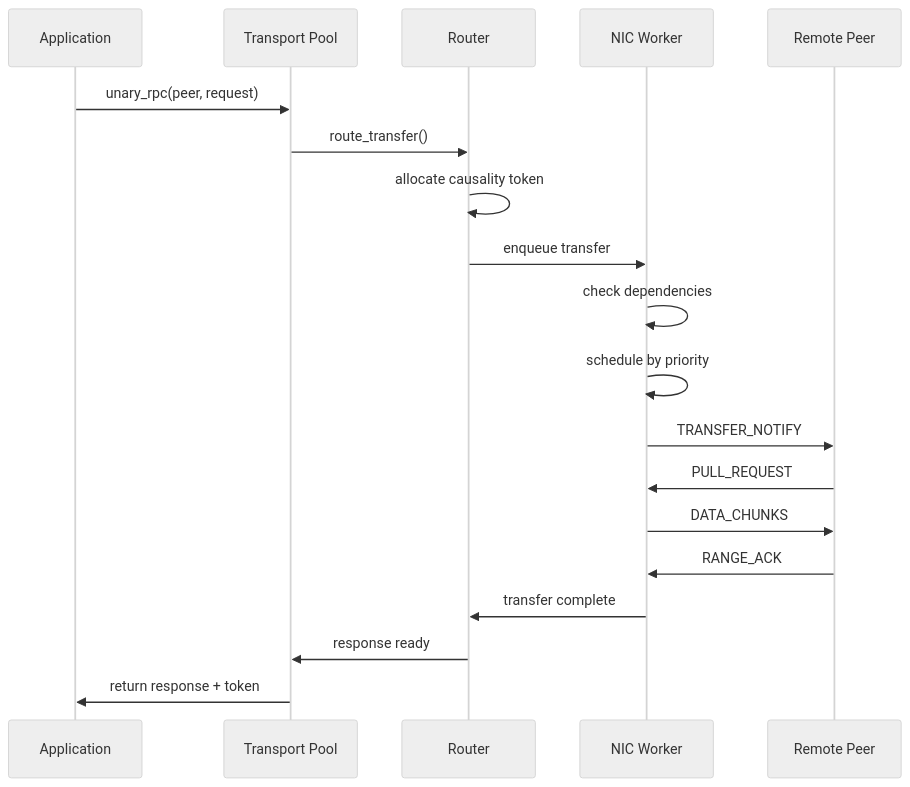
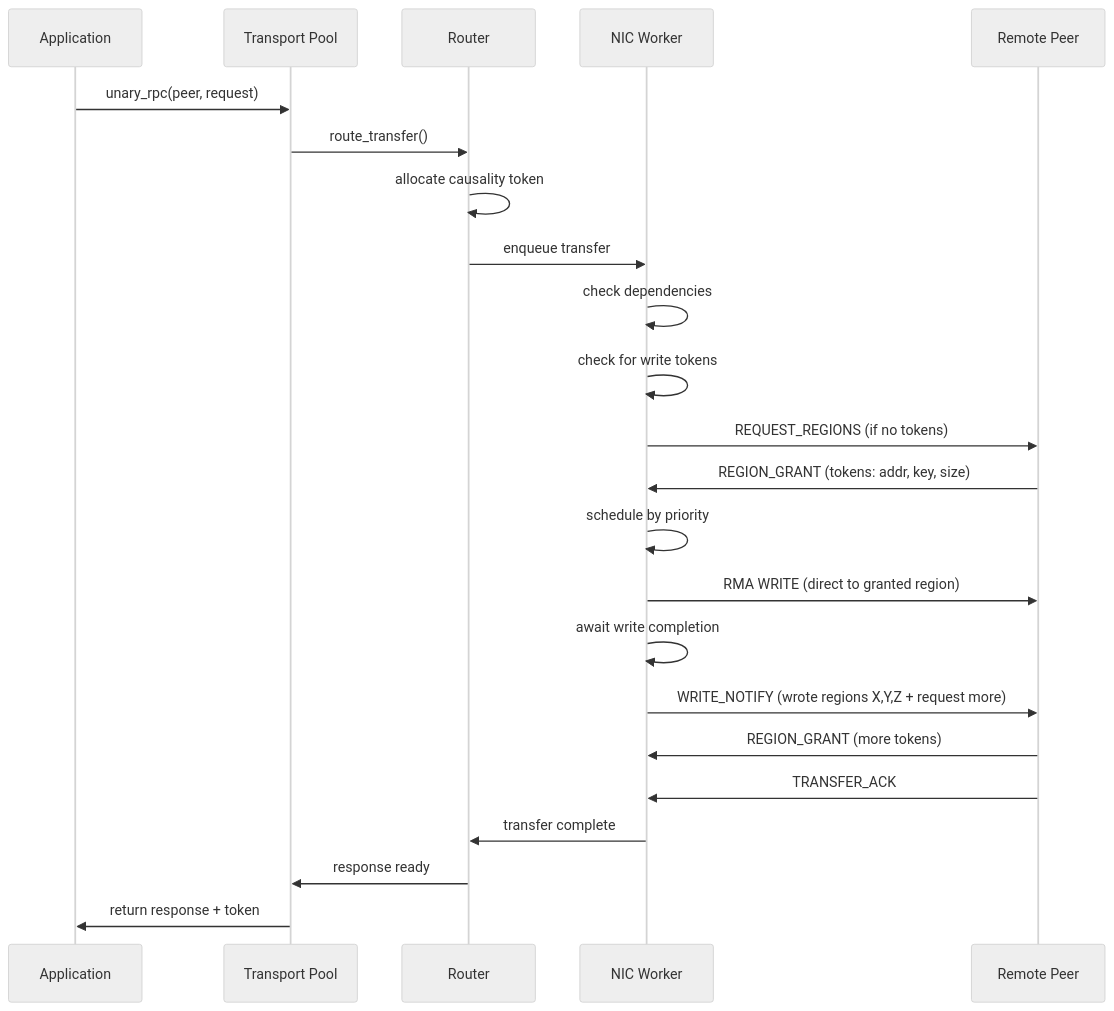
The second of 2 diagrams in dc/s2n-quic-dc/V2.md (camshaft/s2n-quic), drawn with Mermaid (neutral theme) before and after one commit. The commit also changed other lines of this file, not shown here.

````diff
--- a/dc/s2n-quic-dc/V2.md
+++ b/dc/s2n-quic-dc/V2.md
@@ -131,25 +131,30 @@
 ```mermaid
 sequenceDiagram
     participant App as Application
     participant Pool as Transport Pool
     participant Router as Router
     participant Worker as NIC Worker
     participant Peer as Remote Peer
 
     App->>Pool: unary_rpc(peer, request)
     Pool->>Router: route_transfer()
     Router->>Router: allocate causality token
     Router->>Worker: enqueue transfer
 
     Worker->>Worker: check dependencies
+    Worker->>Worker: check for write tokens
+    Worker->>Peer: REQUEST_REGIONS (if no tokens)
+    Peer->>Worker: REGION_GRANT (tokens: addr, key, size)
+
     Worker->>Worker: schedule by priority
-    Worker->>Peer: TRANSFER_NOTIFY
+    Worker->>Peer: RMA WRITE (direct to granted region)
+    Worker->>Worker: await write completion
+    Worker->>Peer: WRITE_NOTIFY (wrote regions X,Y,Z + request more)
 
-    Peer->>Worker: PULL_REQUEST
-    Worker->>Peer: DATA_CHUNKS
-    Peer->>Worker: RANGE_ACK
+    Peer->>Worker: REGION_GRANT (more tokens)
+    Peer->>Worker: TRANSFER_ACK
 
     Worker->>Router: transfer complete
     Router->>Pool: response ready
     Pool->>App: return response + token
 ```
````
